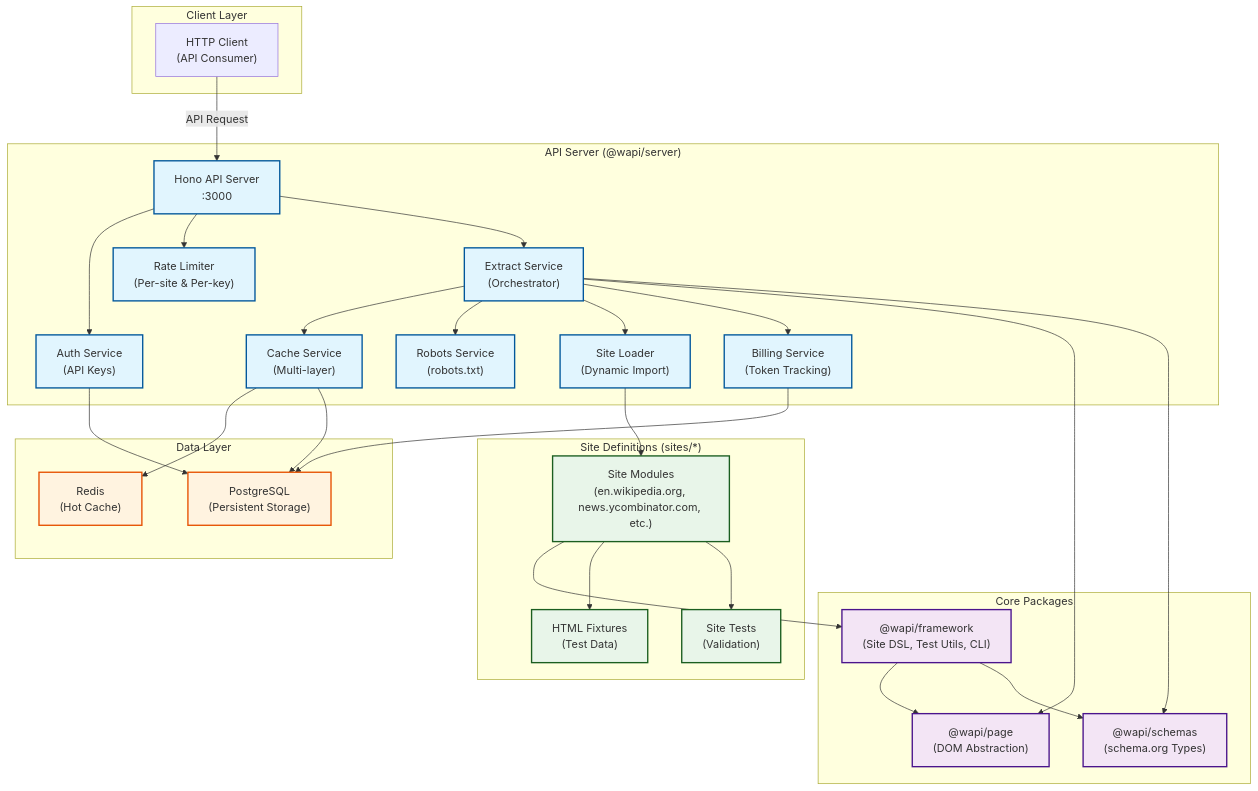
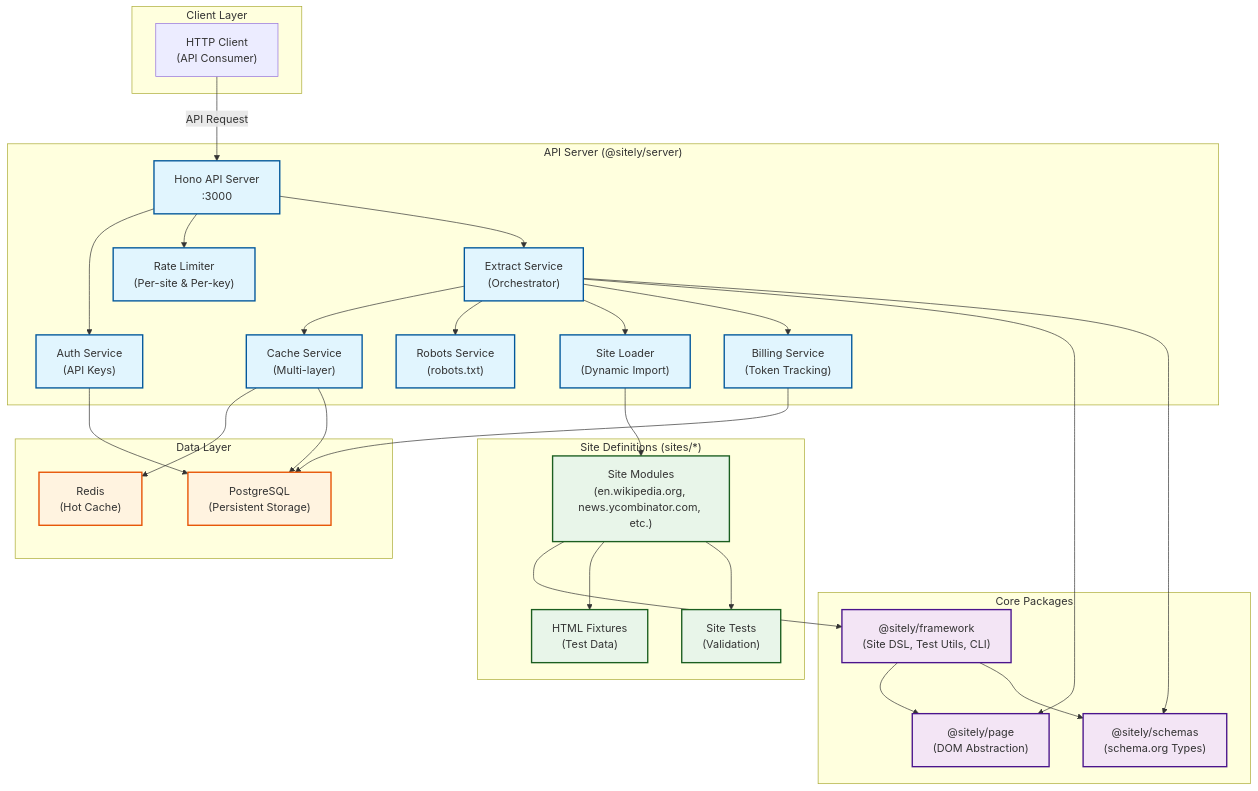
The diagram in architecture.md (midzdotdev/sitely), drawn with Mermaid before and after one commit. The commit also changed other lines of this file and 55 other files, not shown here.

First line of the commit message:
rename @wapi/* to @sitely/*; CLI binary wapi to sitely

````diff
--- a/architecture.md
+++ b/architecture.md
@@ -3,69 +3,69 @@
 ```mermaid
 graph TB
     subgraph "Client Layer"
         Client["HTTP Client<br/>(API Consumer)"]
     end
 
-    subgraph "API Server (@wapi/server)"
+    subgraph "API Server (@sitely/server)"
         API["Hono API Server<br/>:3000"]
         Auth["Auth Service<br/>(API Keys)"]
         Billing["Billing Service<br/>(Token Tracking)"]
         RateLimit["Rate Limiter<br/>(Per-site & Per-key)"]
         Extract["Extract Service<br/>(Orchestrator)"]
         Robots["Robots Service<br/>(robots.txt)"]
         Cache["Cache Service<br/>(Multi-layer)"]
         SiteLoader["Site Loader<br/>(Dynamic Import)"]
     end
 
     subgraph "Data Layer"
         Redis["Redis<br/>(Hot Cache)"]
         Postgres["PostgreSQL<br/>(Persistent Storage)"]
     end
 
     subgraph "Site Definitions (sites/*)"
         Sites["Site Modules<br/>(en.wikipedia.org, news.ycombinator.com, etc.)"]
         Fixtures["HTML Fixtures<br/>(Test Data)"]
         Tests["Site Tests<br/>(Validation)"]
     end
 
     subgraph "Core Packages"
-        Framework["@wapi/framework<br/>(Site DSL, Test Utils, CLI)"]
-        Page["@wapi/page<br/>(DOM Abstraction)"]
-        Schemas["@wapi/schemas<br/>(schema.org Types)"]
+        Framework["@sitely/framework<br/>(Site DSL, Test Utils, CLI)"]
+        Page["@sitely/page<br/>(DOM Abstraction)"]
+        Schemas["@sitely/schemas<br/>(schema.org Types)"]
     end
 
     Client -->|"API Request"| API
     API --> Auth
     API --> RateLimit
     API --> Extract
     
     Extract --> Cache
     Extract --> Robots
     Extract --> SiteLoader
     Extract --> Billing
     
     Cache --> Redis
     Cache --> Postgres
     Auth --> Postgres
     Billing --> Postgres
     
     SiteLoader --> Sites
     Sites --> Framework
     Sites --> Fixtures
     Sites --> Tests
     
     Framework --> Page
     Framework --> Schemas
     Extract --> Page
     Extract --> Schemas
 
     classDef service fill:#e1f5fe,stroke:#01579b,stroke-width:2px
     classDef storage fill:#fff3e0,stroke:#e65100,stroke-width:2px
     classDef package fill:#f3e5f5,stroke:#4a148c,stroke-width:2px
     classDef site fill:#e8f5e9,stroke:#1b5e20,stroke-width:2px
     
     class API,Auth,Billing,RateLimit,Extract,Robots,Cache,SiteLoader service
     class Redis,Postgres storage
     class Framework,Page,Schemas package
     class Sites,Fixtures,Tests site
 ```
````
